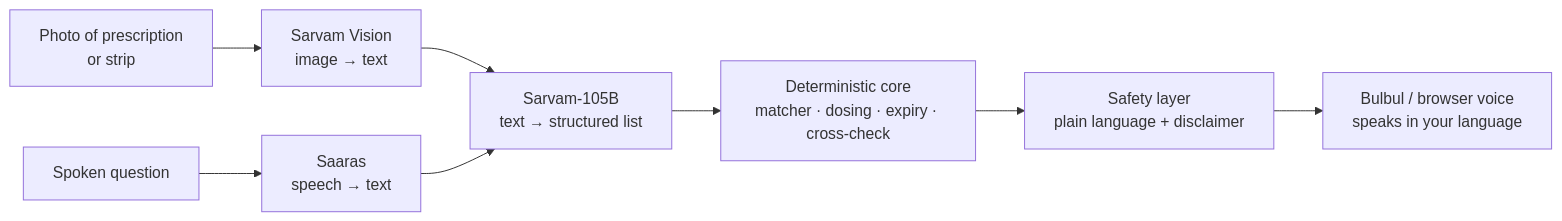
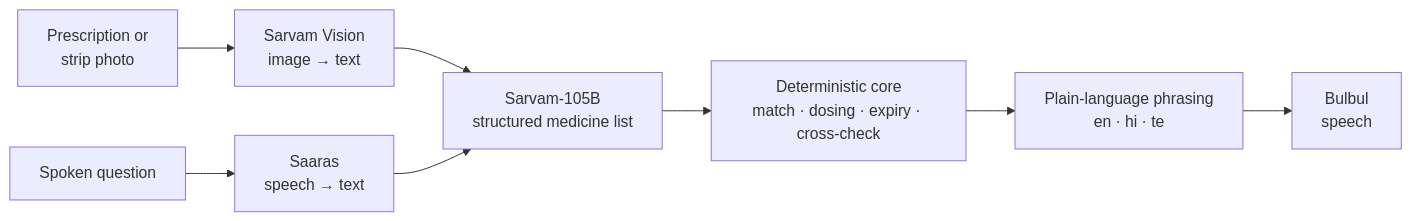
One commit to saix0x0/med-assistant changed the diagram in README.md. Above: the diagram before and after it, drawn with Mermaid. The commit also changed other lines of this file and 15 other files, not shown here.

````diff
--- a/README.md
+++ b/README.md
@@ -117,9 +90,9 @@
 ```mermaid
 flowchart LR
-    A[Photo of prescription<br/>or strip] --> B[Sarvam Vision<br/>image → text]
-    B --> C[Sarvam-105B<br/>text → structured list]
-    C --> D[Deterministic core<br/>matcher · dosing · expiry · cross-check]
-    D --> E[Safety layer<br/>plain language + disclaimer]
-    E --> F[Bulbul / browser voice<br/>speaks in your language]
+    A[Prescription or<br/>strip photo] --> B[Sarvam Vision<br/>image → text]
+    B --> C[Sarvam-105B<br/>structured medicine list]
+    C --> D[Deterministic core<br/>match · dosing · expiry · cross-check]
+    D --> E[Plain-language phrasing<br/>en · hi · te]
+    E --> F[Bulbul<br/>speech]
     G[Spoken question] --> H[Saaras<br/>speech → text] --> C
 ```
````
